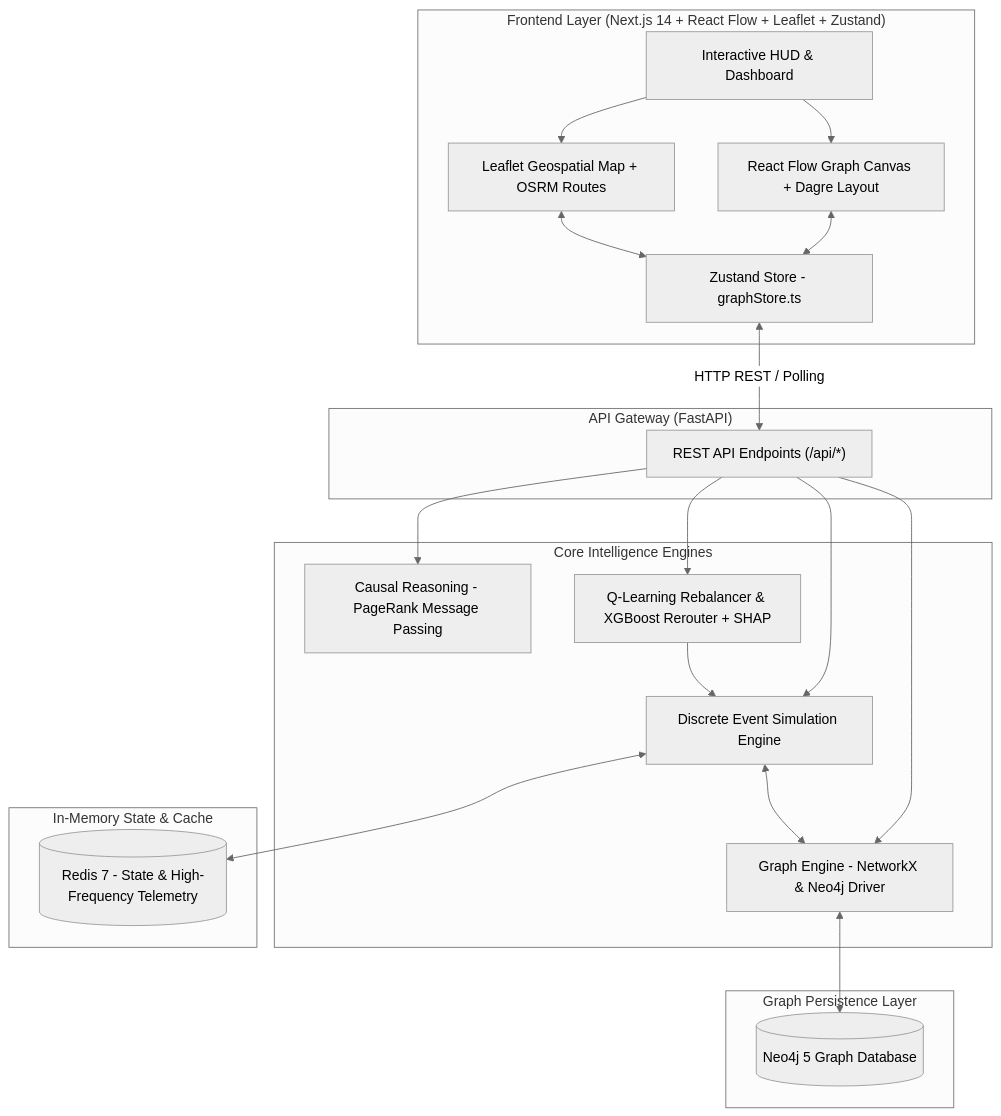
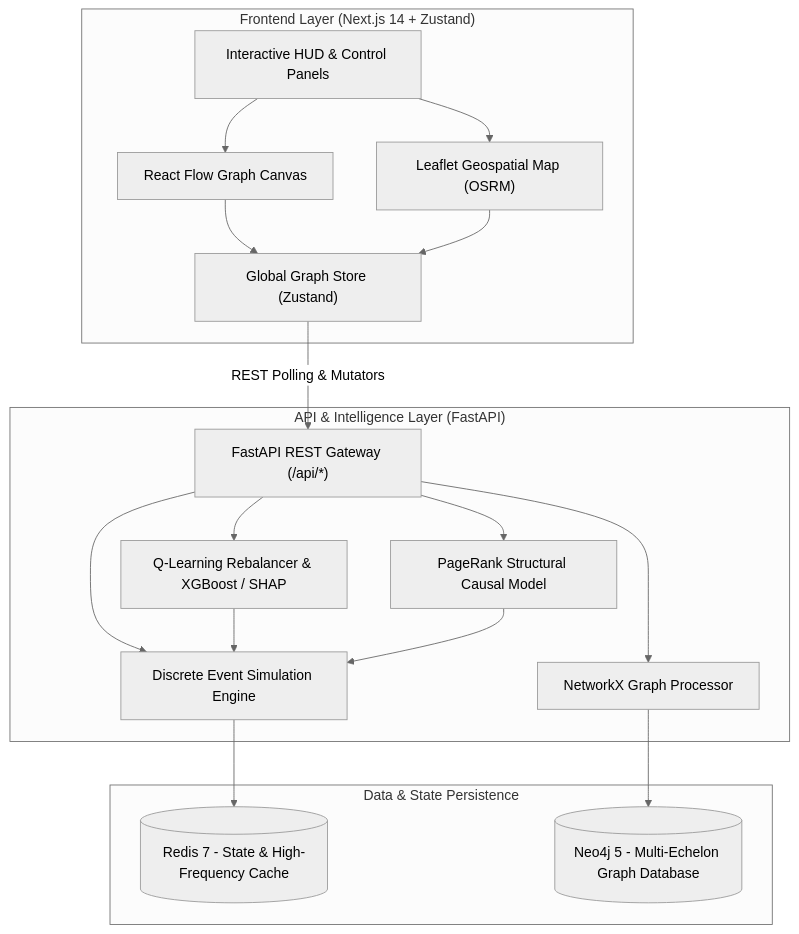
One commit to echinem/SCARLET-Supply-Chain-Analysis-with-Reasoning-Learning-and-Explainable-Twin- changed the diagram in README.md. Above: the diagram before and after it, drawn with Mermaid (neutral theme).

Commit message:
Refactor Mermaid diagram to top-down acyclic flow

````diff
--- a/README.md
+++ b/README.md
@@ -21,42 +21,38 @@
 ```mermaid
-flowchart TD
-    subgraph Frontend["Frontend Layer (Next.js 14 + React Flow + Leaflet + Zustand)"]
-        UI["Interactive HUD & Dashboard"]
-        GraphCanvas["React Flow Graph Canvas + Dagre Layout"]
-        MapCanvas["Leaflet Geospatial Map + OSRM Routes"]
-        Store["Zustand Store - graphStore.ts"]
+flowchart TB
+    subgraph Frontend["Frontend Layer (Next.js 14 + Zustand)"]
+        UI["Interactive HUD & Control Panels"]
+        GraphCanvas["React Flow Graph Canvas"]
+        MapCanvas["Leaflet Geospatial Map (OSRM)"]
+        Store["Global Graph Store (Zustand)"]
+        
         UI --> GraphCanvas
         UI --> MapCanvas
-        GraphCanvas <--> Store
-        MapCanvas <--> Store
+        GraphCanvas --> Store
+        MapCanvas --> Store
     end
 
-    subgraph Gateway["API Gateway (FastAPI)"]
-        REST["REST API Endpoints (/api/*)"]
+    subgraph Backend["API & Intelligence Layer (FastAPI)"]
+        API["FastAPI REST Gateway (/api/*)"]
+        GraphEngine["NetworkX Graph Processor"]
+        SimEngine["Discrete Event Simulation Engine"]
+        CausalEngine["PageRank Structural Causal Model"]
+        OptEngine["Q-Learning Rebalancer & XGBoost / SHAP"]
+
+        API --> GraphEngine
+        API --> SimEngine
+        API --> CausalEngine
+        API --> OptEngine
+        OptEngine --> SimEngine
+        CausalEngine --> SimEngine
     end
 
-    subgraph CoreEngines["Core Intelligence Engines"]
-        GraphEngine["Graph Engine - NetworkX & Neo4j Driver"]
-        SimEngine["Discrete Event Simulation Engine"]
-        CausalEngine["Causal Reasoning - PageRank Message Passing"]
-        OptEngine["Q-Learning Rebalancer & XGBoost Rerouter + SHAP"]
+    subgraph Storage["Data & State Persistence"]
+        Redis[("Redis 7 - State & High-Frequency Cache")]
+        Neo4j[("Neo4j 5 - Multi-Echelon Graph Database")]
     end
 
-    subgraph StateAndCache["In-Memory State & Cache"]
-        Redis[("Redis 7 - State & High-Frequency Telemetry")]
-    end
-
-    subgraph Storage["Graph Persistence Layer"]
-        Neo4j[("Neo4j 5 Graph Database")]
-    end
-
-    Store <-->|"HTTP REST / Polling"| REST
-    REST --> GraphEngine
-    REST --> SimEngine
-    REST --> CausalEngine
-    REST --> OptEngine
-    SimEngine <--> Redis
-    SimEngine <--> GraphEngine
-    GraphEngine <--> Neo4j
-    OptEngine --> SimEngine
+    Store -->|"REST Polling & Mutators"| API
+    SimEngine --> Redis
+    GraphEngine --> Neo4j
 ```
````
